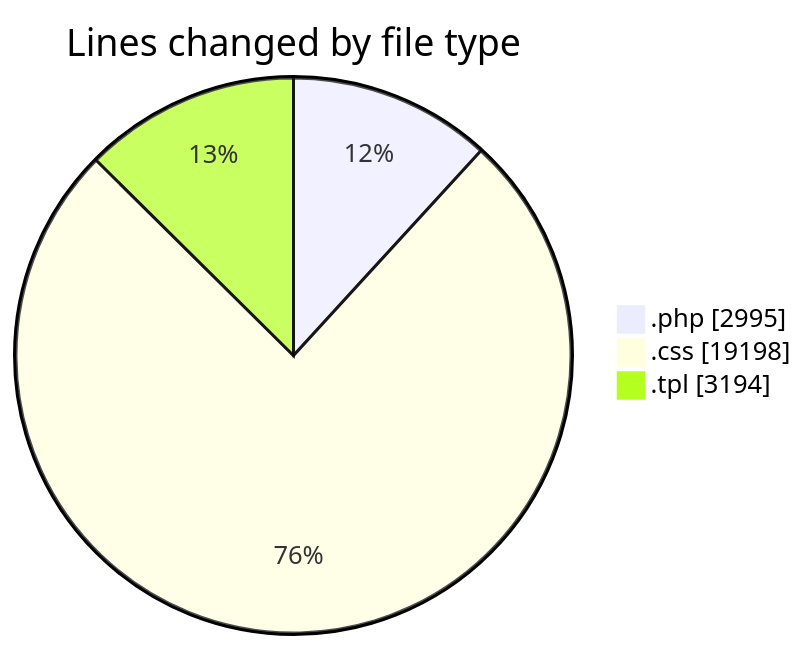
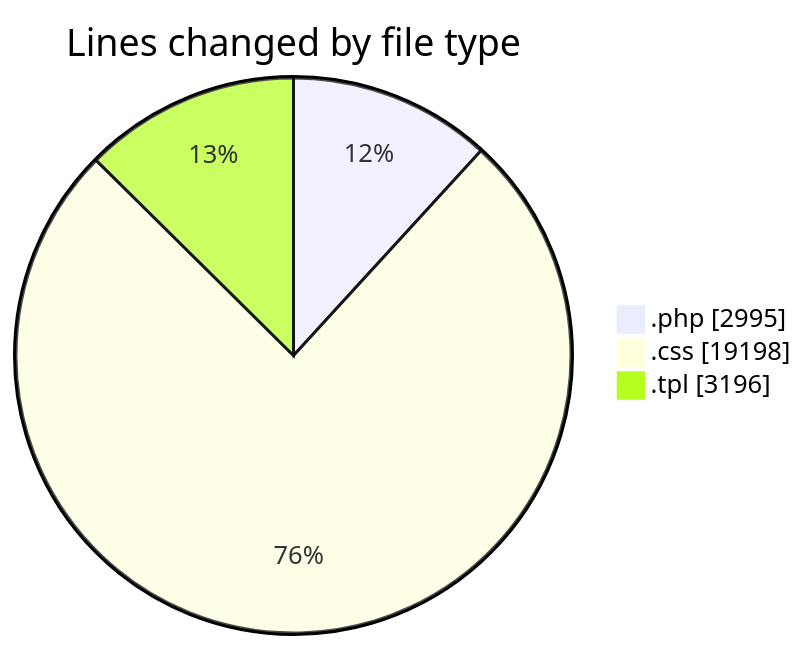
The first of 2 diagrams in 2025-03-23/zeytoon/README.md (vahidmafi/code-tracking), drawn with Mermaid before and after one commit. The commit also changed other lines of this file and 1 other file, not shown here.

````diff
--- a/2025-03-23/zeytoon/README.md
+++ b/2025-03-23/zeytoon/README.md
@@ -28,7 +28,7 @@
 ```mermaid
 pie showData
 title Lines changed by file type
 ".php" : 2995
 ".css" : 19198
-".tpl" : 3194
+".tpl" : 3196
 ```
````
